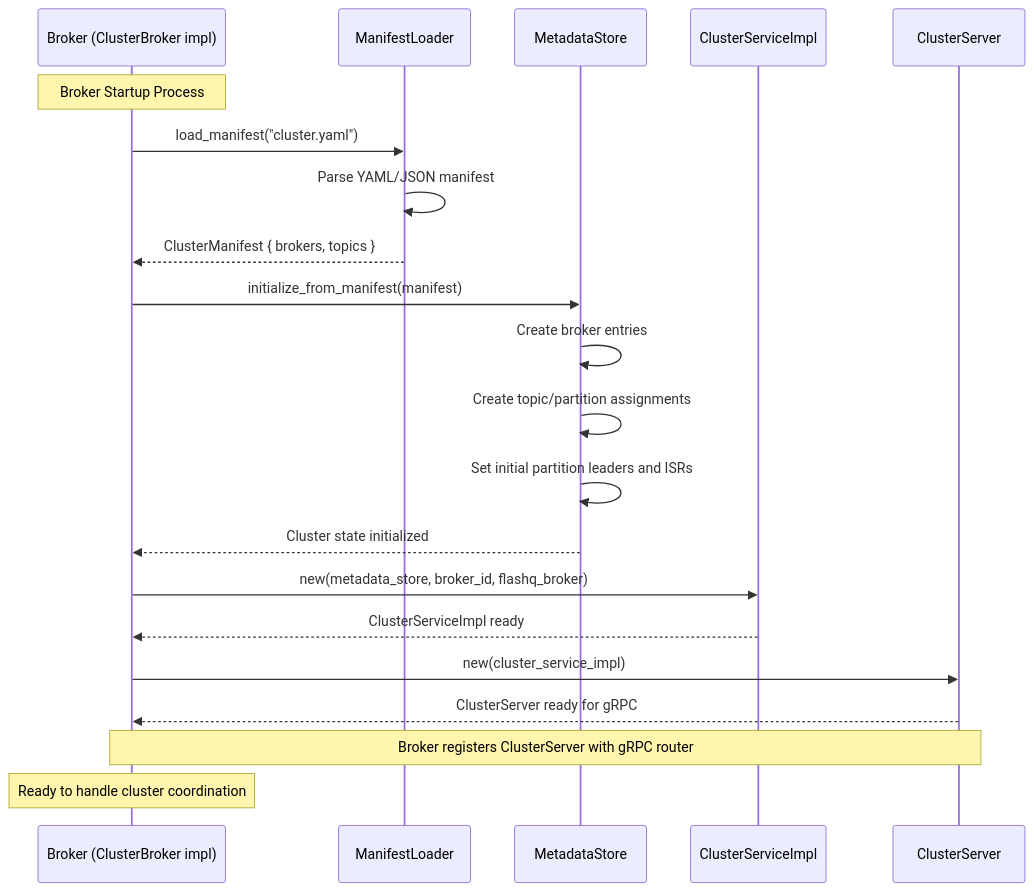
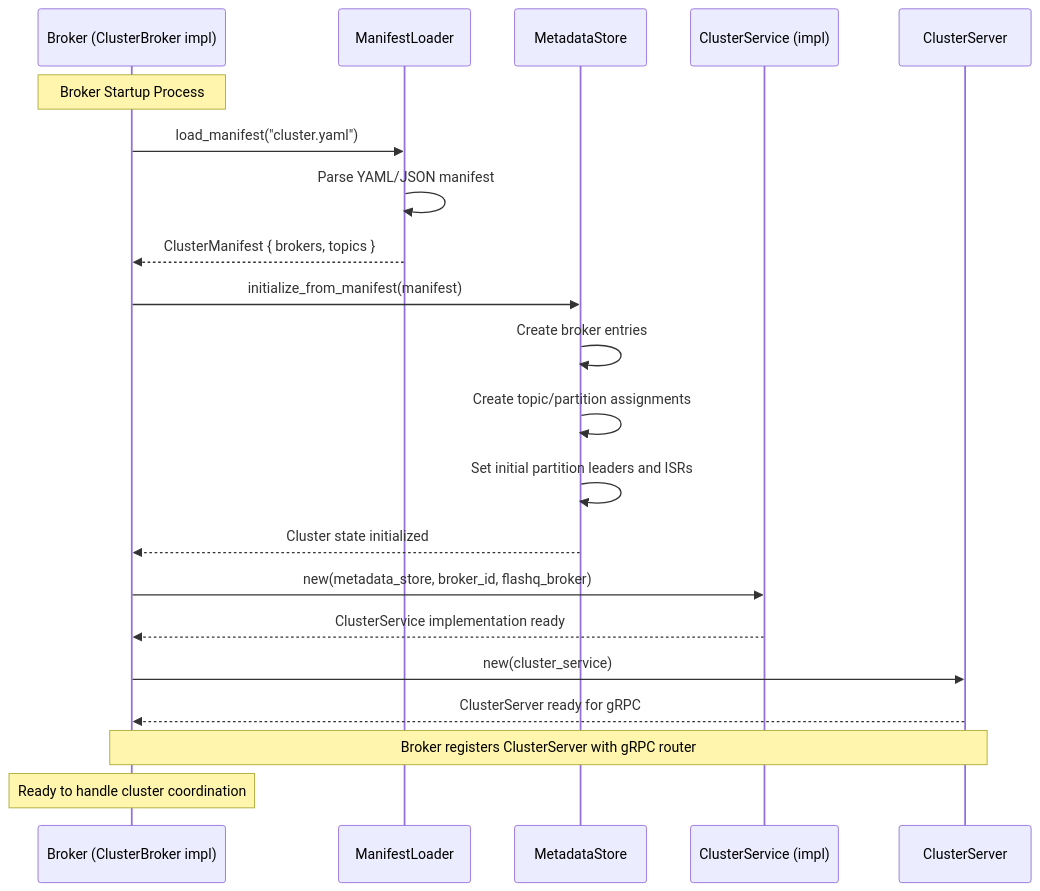
One commit to harshitmahapatra/flashq changed the first of 4 diagrams in crates/flashq-cluster/README.md. Above: the diagram before and after it, drawn with Mermaid. The commit also changed other lines of this file and 2 other files, not shown here.

First line of the commit message:
Use ClusterService trait instead of concrete type in flashq-grpc

````diff
--- a/crates/flashq-cluster/README.md
+++ b/crates/flashq-cluster/README.md
@@ -31,29 +32,29 @@
 ```mermaid
 sequenceDiagram
     participant Broker as Broker (ClusterBroker impl)
     participant ML as ManifestLoader
     participant MS as MetadataStore
-    participant CSI as ClusterServiceImpl
+    participant CS as ClusterService (impl)
     participant CSrv as ClusterServer
 
     Note over Broker: Broker Startup Process
 
     Broker->>ML: load_manifest("cluster.yaml")
     ML->>ML: Parse YAML/JSON manifest
     ML-->>Broker: ClusterManifest { brokers, topics }
 
     Broker->>MS: initialize_from_manifest(manifest)
     MS->>MS: Create broker entries
     MS->>MS: Create topic/partition assignments
     MS->>MS: Set initial partition leaders and ISRs
     MS-->>Broker: Cluster state initialized
 
-    Broker->>CSI: new(metadata_store, broker_id, flashq_broker)
-    CSI-->>Broker: ClusterServiceImpl ready
+    Broker->>CS: new(metadata_store, broker_id, flashq_broker)
+    CS-->>Broker: ClusterService implementation ready
 
-    Broker->>CSrv: new(cluster_service_impl)
+    Broker->>CSrv: new(cluster_service)
     CSrv-->>Broker: ClusterServer ready for gRPC
 
     Note over Broker,CSrv: Broker registers ClusterServer with gRPC router
     Note over Broker: Ready to handle cluster coordination
 ```
````
